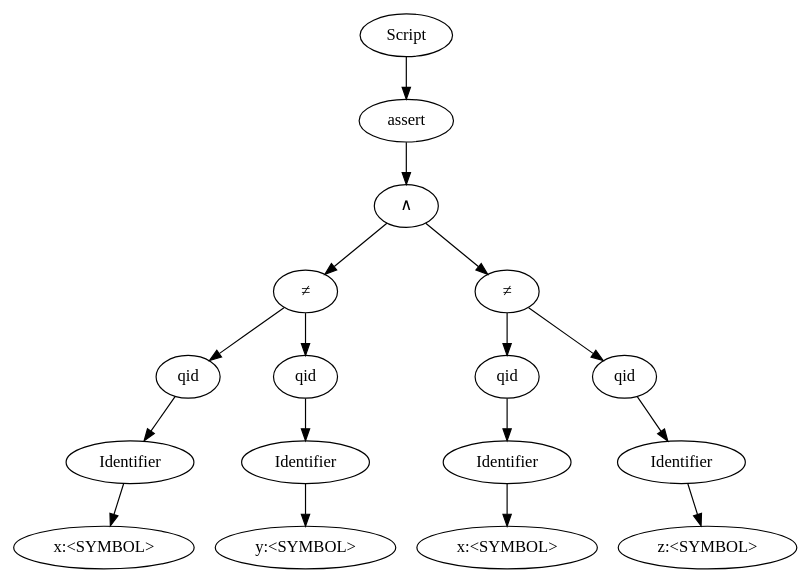
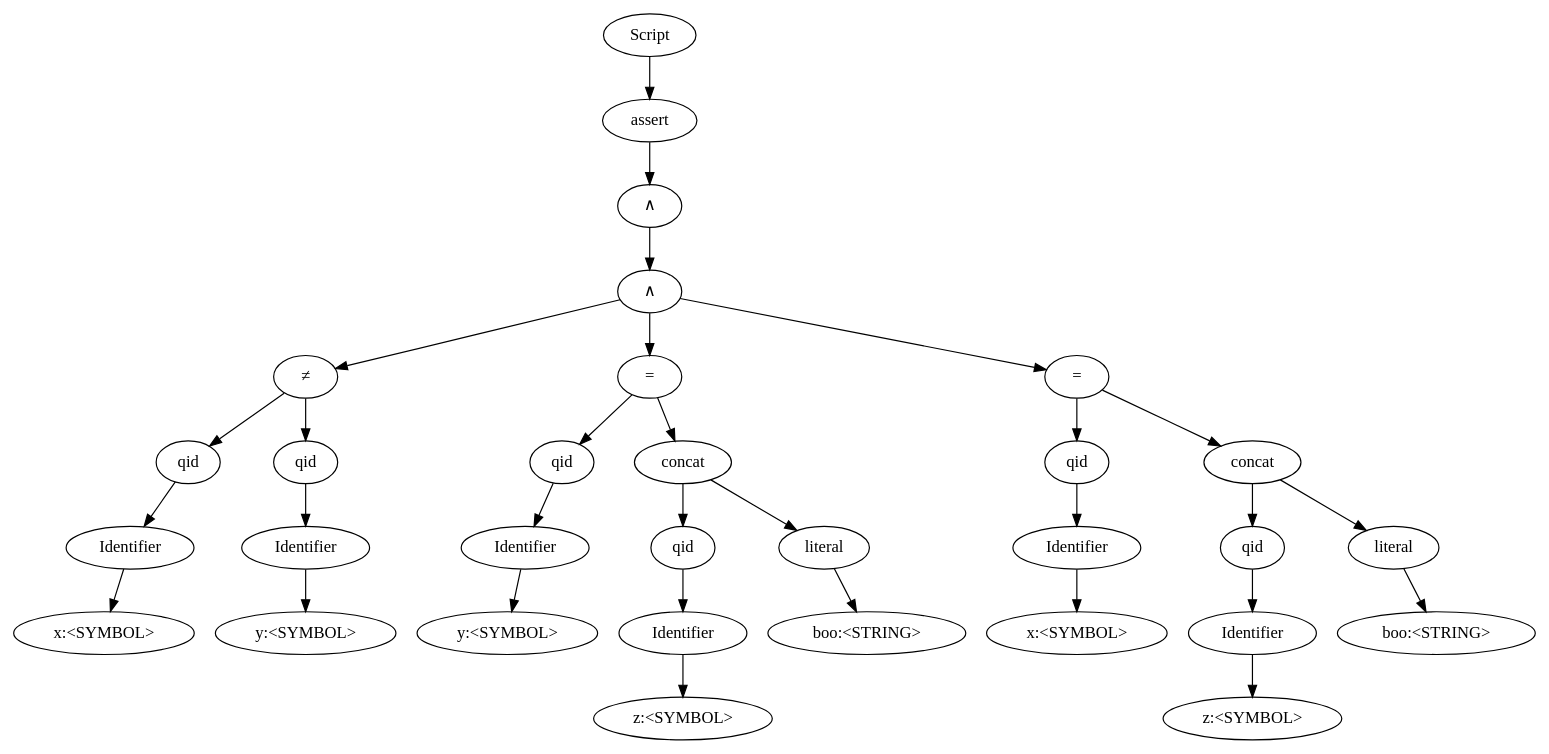
The diagram in src/output/optimized.dot (vlab-cs-ucsb/ABC), drawn with Graphviz before and after one commit. The commit also changed 12 other files, not shown here.

```diff
--- a/src/output/optimized.dot
+++ b/src/output/optimized.dot
@@ -1,35 +1,63 @@
 digraph G { 
 "0" [label="Script"];
 "1" [label="assert"];
 "0" -> "1";
 "2" [label="&and;"];
 "1" -> "2";
-"3" [label="&ne;"];
+"3" [label="&and;"];
 "2" -> "3";
-"4" [label="qid"];
+"4" [label="&ne;"];
 "3" -> "4";
-"5" [label="Identifier"];
+"5" [label="qid"];
 "4" -> "5";
-"6" [label="x:<SYMBOL>"];
+"6" [label="Identifier"];
 "5" -> "6";
-"7" [label="qid"];
-"3" -> "7";
-"8" [label="Identifier"];
-"7" -> "8";
-"9" [label="y:<SYMBOL>"];
+"7" [label="x:<SYMBOL>"];
+"6" -> "7";
+"8" [label="qid"];
+"4" -> "8";
+"9" [label="Identifier"];
 "8" -> "9";
-"10" [label="&ne;"];
-"2" -> "10";
-"11" [label="qid"];
-"10" -> "11";
-"12" [label="Identifier"];
+"10" [label="y:<SYMBOL>"];
+"9" -> "10";
+"11" [label="="];
+"3" -> "11";
+"12" [label="qid"];
 "11" -> "12";
-"13" [label="x:<SYMBOL>"];
+"13" [label="Identifier"];
 "12" -> "13";
-"14" [label="qid"];
-"10" -> "14";
-"15" [label="Identifier"];
-"14" -> "15";
-"16" [label="z:<SYMBOL>"];
+"14" [label="y:<SYMBOL>"];
+"13" -> "14";
+"15" [label="concat"];
+"11" -> "15";
+"16" [label="qid"];
 "15" -> "16";
+"17" [label="Identifier"];
+"16" -> "17";
+"18" [label="z:<SYMBOL>"];
+"17" -> "18";
+"19" [label="literal"];
+"15" -> "19";
+"20" [label="boo:<STRING>"];
+"19" -> "20";
+"21" [label="="];
+"3" -> "21";
+"22" [label="qid"];
+"21" -> "22";
+"23" [label="Identifier"];
+"22" -> "23";
+"24" [label="x:<SYMBOL>"];
+"23" -> "24";
+"25" [label="concat"];
+"21" -> "25";
+"26" [label="qid"];
+"25" -> "26";
+"27" [label="Identifier"];
+"26" -> "27";
+"28" [label="z:<SYMBOL>"];
+"27" -> "28";
+"29" [label="literal"];
+"25" -> "29";
+"30" [label="boo:<STRING>"];
+"29" -> "30";
 }
```
